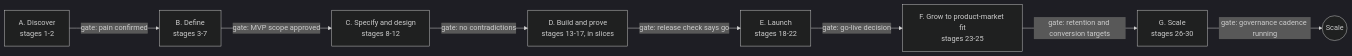
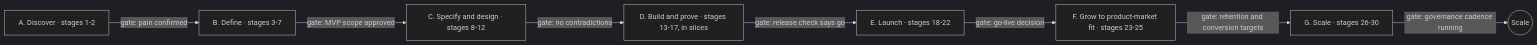
Before and after one commit to Payaml3/solo-to-scale: the first of 3 diagrams in plugins/solo-to-scale/docs/handbook.md, drawn with Mermaid (dark theme). The commit also changed other lines of this file and 19 other files, not shown here.

````diff
--- a/plugins/solo-to-scale/docs/handbook.md
+++ b/plugins/solo-to-scale/docs/handbook.md
@@ -92,10 +92,10 @@
 ```mermaid
 flowchart LR
-  A["A. Discover<br/>stages 1-2"] -->|"gate: pain confirmed"| B["B. Define<br/>stages 3-7"]
-  B -->|"gate: MVP scope approved"| C["C. Specify and design<br/>stages 8-12"]
-  C -->|"gate: no contradictions"| D["D. Build and prove<br/>stages 13-17, in slices"]
-  D -->|"gate: release check says go"| E["E. Launch<br/>stages 18-22"]
-  E -->|"gate: go-live decision"| F["F. Grow to product-market fit<br/>stages 23-25"]
-  F -->|"gate: retention and conversion targets"| G["G. Scale<br/>stages 26-30"]
+  A["A. Discover · stages 1-2"] -->|"gate: pain confirmed"| B["B. Define · stages 3-7"]
+  B -->|"gate: MVP scope approved"| C["C. Specify and design · stages 8-12"]
+  C -->|"gate: no contradictions"| D["D. Build and prove · stages 13-17, in slices"]
+  D -->|"gate: release check says go"| E["E. Launch · stages 18-22"]
+  E -->|"gate: go-live decision"| F["F. Grow to product-market fit · stages 23-25"]
+  F -->|"gate: retention and conversion targets"| G["G. Scale · stages 26-30"]
   G -->|"gate: governance cadence running"| H(("Scale"))
 ```
````
